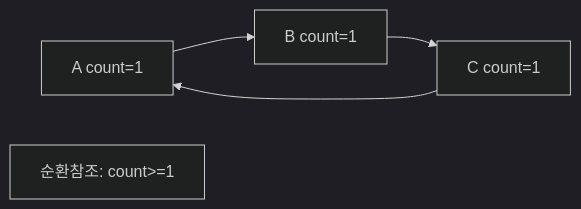
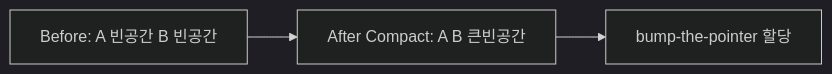
Before and after one commit to yjkim2015/yjkim2015.github.io: the third of 9 diagrams in _posts/java/2026-05-01-java-garbage-collector.md, drawn with Mermaid (dark theme). The commit also changed other lines of this file and 4 other files, not shown here.

````diff
--- a/_posts/java/2026-05-01-java-garbage-collector.md
+++ b/_posts/java/2026-05-01-java-garbage-collector.md
@@ -118,5 +212,5 @@
 ```mermaid
 graph LR
-    A["A count=1"] --> B["B count=1"] --> C["C count=1"] --> A
-    NOTE["순환참조: count>=1"]
+    BEF["Before: A 빈공간 B 빈공간"] --> AFT["After Compact: A B 큰빈공간"]
+    AFT --> BUMP["bump-the-pointer 할당"]
 ```
````
